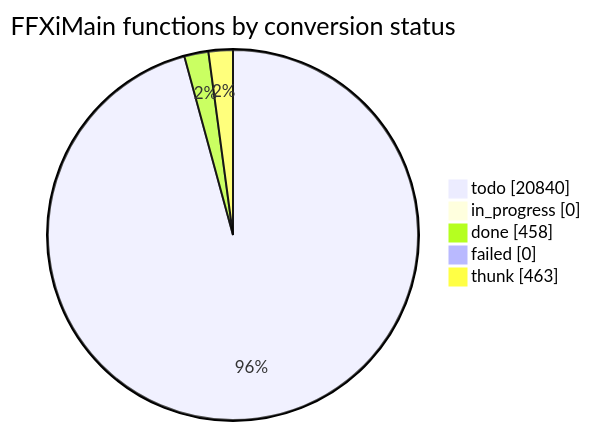
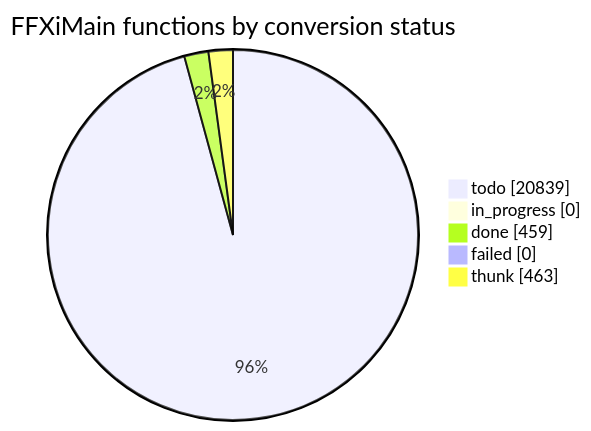
One commit to cowrevenge/cow_kuluu_xi_anything changed the diagram in docs/cow/STATUS.md. Above: the diagram before and after it, drawn with Mermaid. The commit also changed other lines of this file and 9 other files, not shown here.

````diff
--- a/docs/cow/STATUS.md
+++ b/docs/cow/STATUS.md
@@ -18,9 +18,9 @@
 ```mermaid
 pie showData
     title FFXiMain functions by conversion status
-    "todo" : 20840
+    "todo" : 20839
     "in_progress" : 0
-    "done" : 458
+    "done" : 459
     "failed" : 0
     "thunk" : 463
 ```
````
